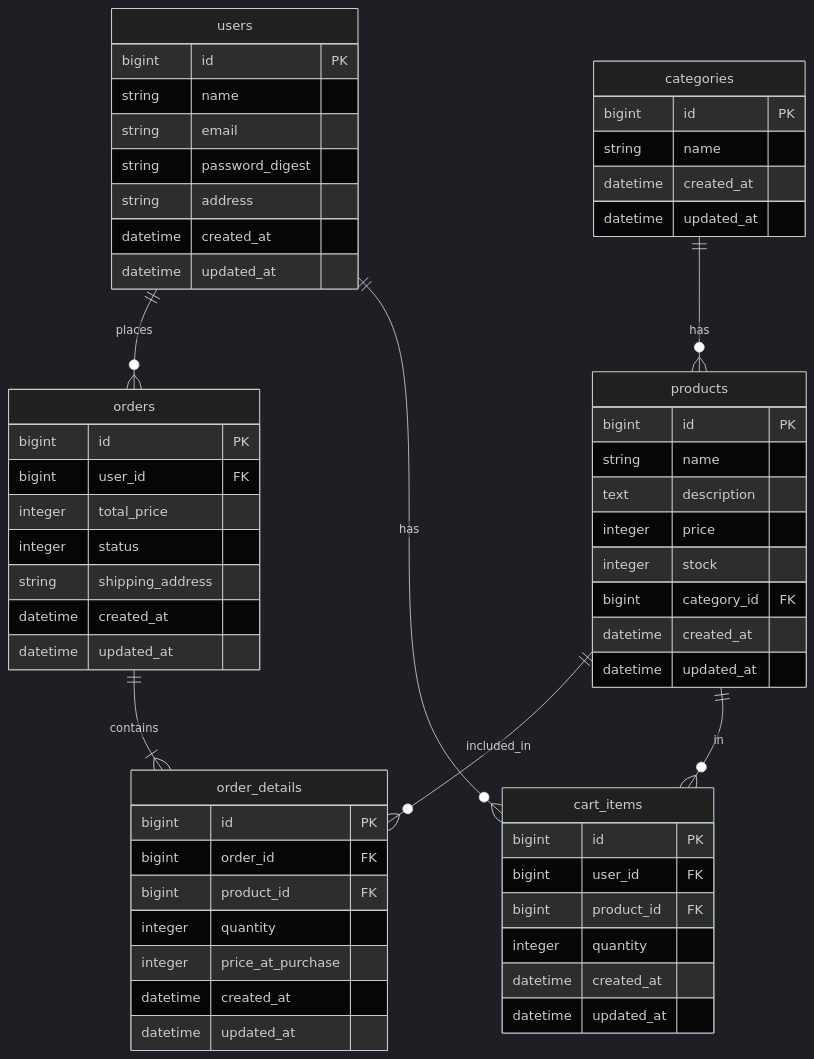
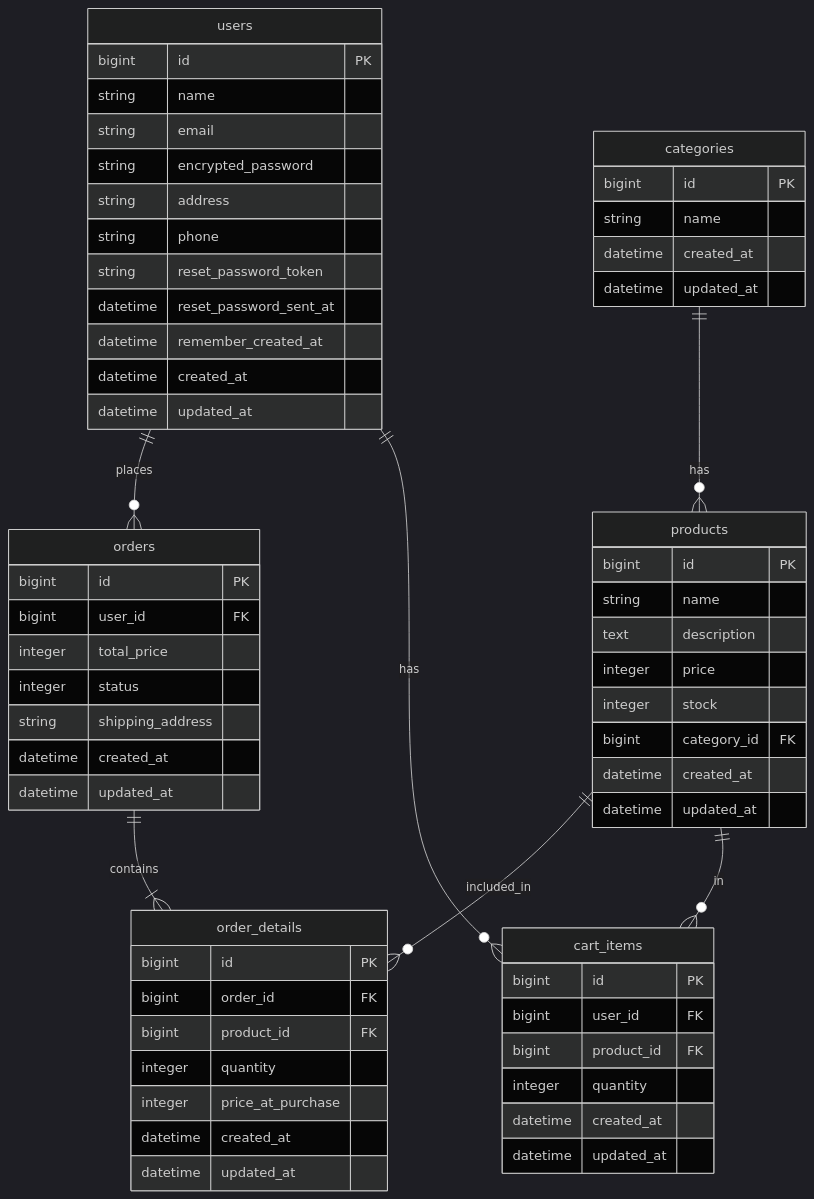
One commit to tomooshima0828/portfolio-next-rails-ecsite changed the diagram in portfolio_specifications/er_diagram.md. Above: the diagram before and after it, drawn with Mermaid (dark theme). The commit also changed 12 other files, not shown here.

````diff
--- a/portfolio_specifications/er_diagram.md
+++ b/portfolio_specifications/er_diagram.md
@@ -3,69 +3,73 @@
 ```mermaid
 erDiagram
     users {
         bigint id PK
         string name
         string email
-        string password_digest
+        string encrypted_password
         string address
+        string phone
+        string reset_password_token
+        datetime reset_password_sent_at
+        datetime remember_created_at
         datetime created_at
         datetime updated_at
     }
 
     products {
         bigint id PK
         string name
         text description
         integer price
         integer stock
         bigint category_id FK
         datetime created_at
         datetime updated_at
     }
 
     categories {
         bigint id PK
         string name
         datetime created_at
         datetime updated_at
     }
 
     orders {
         bigint id PK
         bigint user_id FK
         integer total_price
         integer status
         string shipping_address
         datetime created_at
         datetime updated_at
     }
 
     order_details {
         bigint id PK
         bigint order_id FK
         bigint product_id FK
         integer quantity
         integer price_at_purchase
         datetime created_at
         datetime updated_at
     }
 
     cart_items {
         bigint id PK
         bigint user_id FK
         bigint product_id FK
         integer quantity
         datetime created_at
         datetime updated_at
     }
 
     users ||--o{ orders : "places"
     users ||--o{ cart_items : "has"
 
     orders ||--|{ order_details : "contains"
     products ||--o{ order_details : "included_in"
     products ||--o{ cart_items : "in"
 
     categories ||--o{ products : "has"
 
 ```
````
